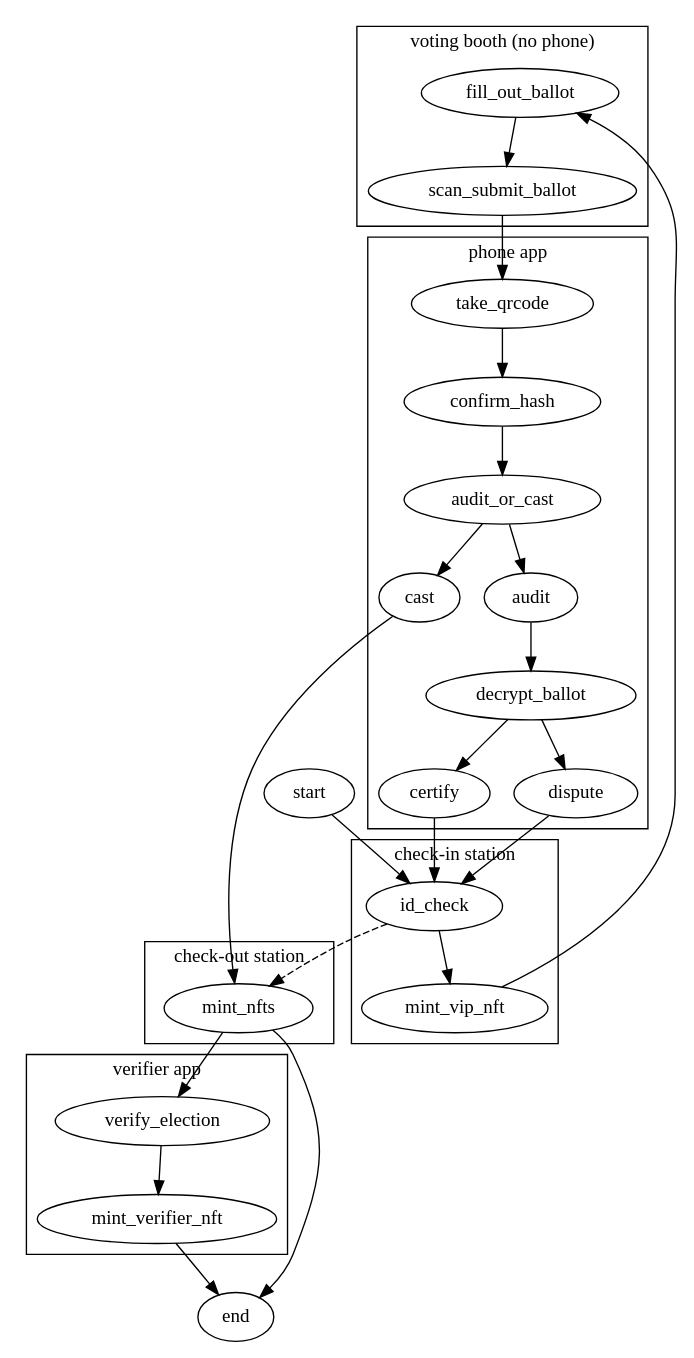
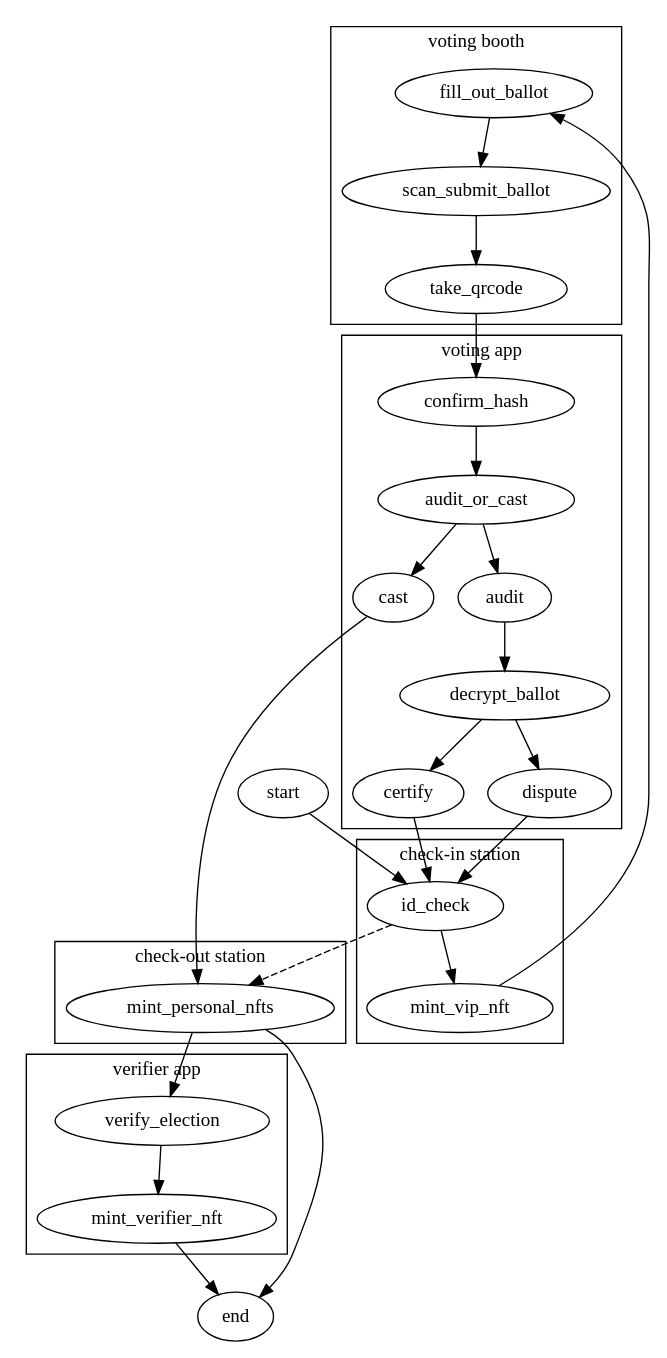
The diagram in src/posts/2024/10/15/mechanics-of-the-benaloh-challenge/proposed-workflow.dot (jefdaj/cryptoisland), drawn with Graphviz before and after one commit. The commit also changed 3 other files, not shown here.

```diff
--- a/src/posts/2024/10/15/mechanics-of-the-benaloh-challenge/proposed-workflow.dot
+++ b/src/posts/2024/10/15/mechanics-of-the-benaloh-challenge/proposed-workflow.dot
@@ -1,37 +1,37 @@
 digraph proposed_workflow {
   start -> id_check
+  subgraph cluster_votingbooth {
+    label="voting booth"
+    fill_out_ballot -> scan_submit_ballot -> take_qrcode
+  }
   subgraph cluster_phone {
-    label="phone app"
+    label="voting app"
     take_qrcode -> confirm_hash
     audit_or_cast -> {cast,audit}
     confirm_hash -> audit_or_cast
     audit -> decrypt_ballot -> {certify,dispute}
   }
    subgraph cluster_checkout {
     label="check-out station"
-    mint_nfts
+    mint_personal_nfts
   }
   subgraph cluster_checkin {
     label="check-in station"
     id_check -> mint_vip_nft
-  }
-  subgraph cluster_votingbooth {
-    label="voting booth (no phone)"
-    fill_out_ballot -> scan_submit_ballot -> take_qrcode
   }
  // subgraph cluster_dispute {
   //   label="arbitration"
   //   dispute -> open_ballot_box -> id_check
   // }
   subgraph cluster_verify {
     label="verifier app"
     verify_election -> mint_verifier_nft
   }
   mint_vip_nft -> fill_out_ballot
-  cast -> mint_nfts
+  cast -> mint_personal_nfts
   {certify,dispute} -> id_check
-  id_check -> mint_nfts [style="dashed"] // leave without voting
-  mint_nfts -> verify_election
-  mint_nfts -> end
+  id_check -> mint_personal_nfts [style="dashed"] // leave without voting
+  mint_personal_nfts -> verify_election
+  mint_personal_nfts -> end
   mint_verifier_nft -> end
 }
```
